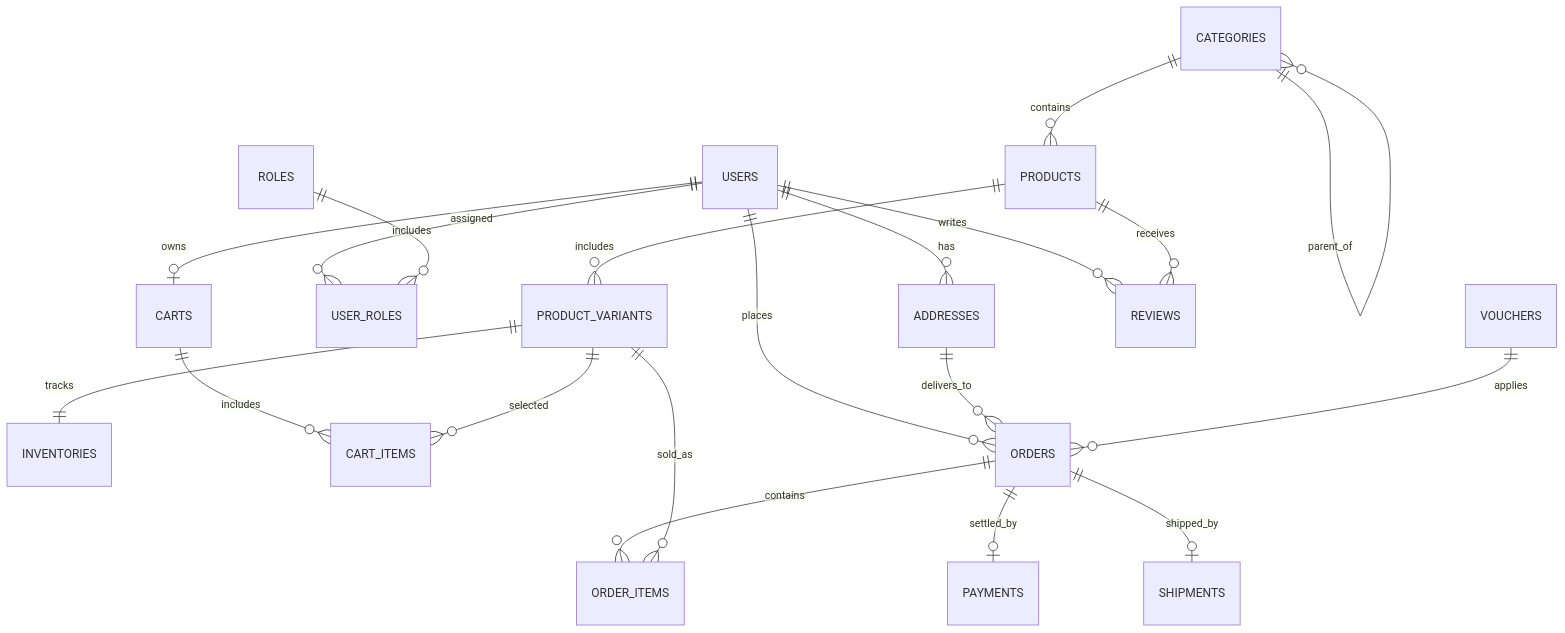
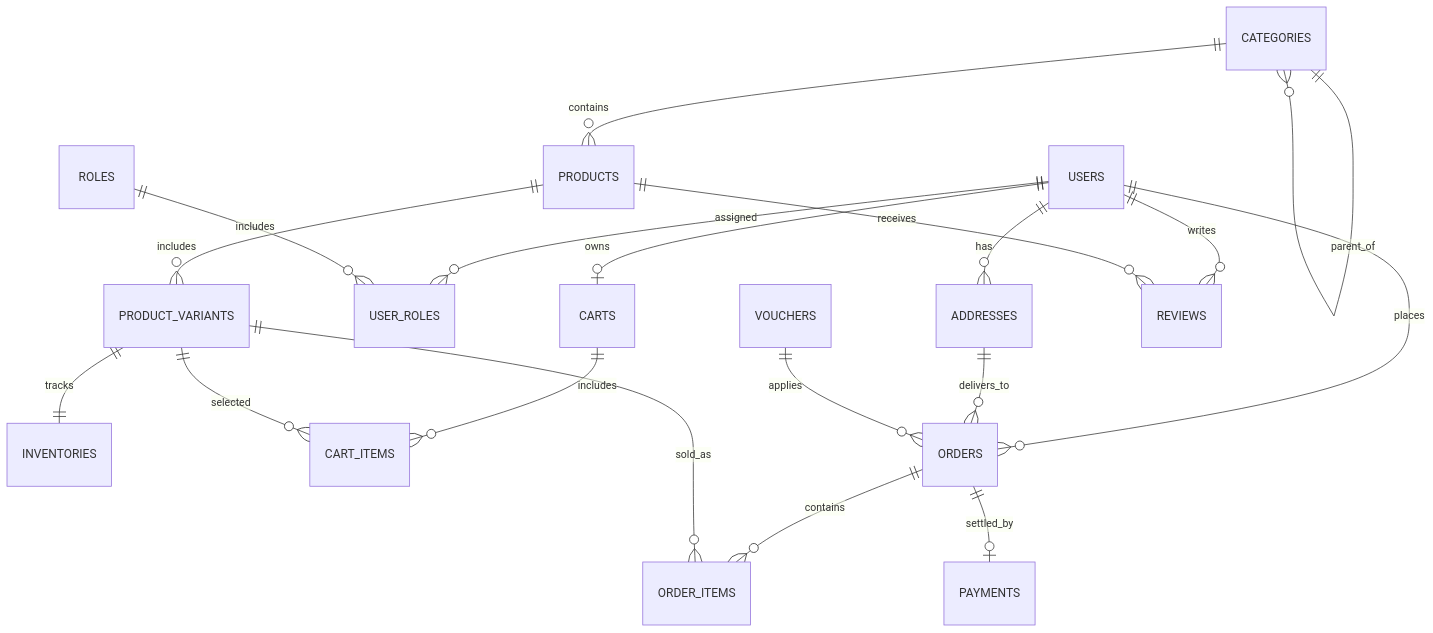
The second of 5 diagrams in docs/report/chuong_4.md (n0xgg04/5_1_TMDT_Backend), drawn with Mermaid before and after one commit. The commit also changed other lines of this file and 1 other file, not shown here.

Commit message:
docs: update chapter 4 with revised class diagram and remove shipping section from report format

````diff
--- a/docs/report/chuong_4.md
+++ b/docs/report/chuong_4.md
@@ -261,22 +248,21 @@
 ```mermaid
 erDiagram
     USERS ||--o{ ADDRESSES : has
     USERS ||--o{ USER_ROLES : assigned
     ROLES ||--o{ USER_ROLES : includes
     CATEGORIES ||--o{ CATEGORIES : parent_of
     CATEGORIES ||--o{ PRODUCTS : contains
     PRODUCTS ||--o{ PRODUCT_VARIANTS : includes
     PRODUCT_VARIANTS ||--|| INVENTORIES : tracks
     USERS ||--o| CARTS : owns
     CARTS ||--o{ CART_ITEMS : includes
     PRODUCT_VARIANTS ||--o{ CART_ITEMS : selected
     USERS ||--o{ ORDERS : places
     ADDRESSES ||--o{ ORDERS : delivers_to
     VOUCHERS ||--o{ ORDERS : applies
     ORDERS ||--o{ ORDER_ITEMS : contains
     PRODUCT_VARIANTS ||--o{ ORDER_ITEMS : sold_as
     ORDERS ||--o| PAYMENTS : settled_by
-    ORDERS ||--o| SHIPMENTS : shipped_by
     USERS ||--o{ REVIEWS : writes
     PRODUCTS ||--o{ REVIEWS : receives
 ```
````
